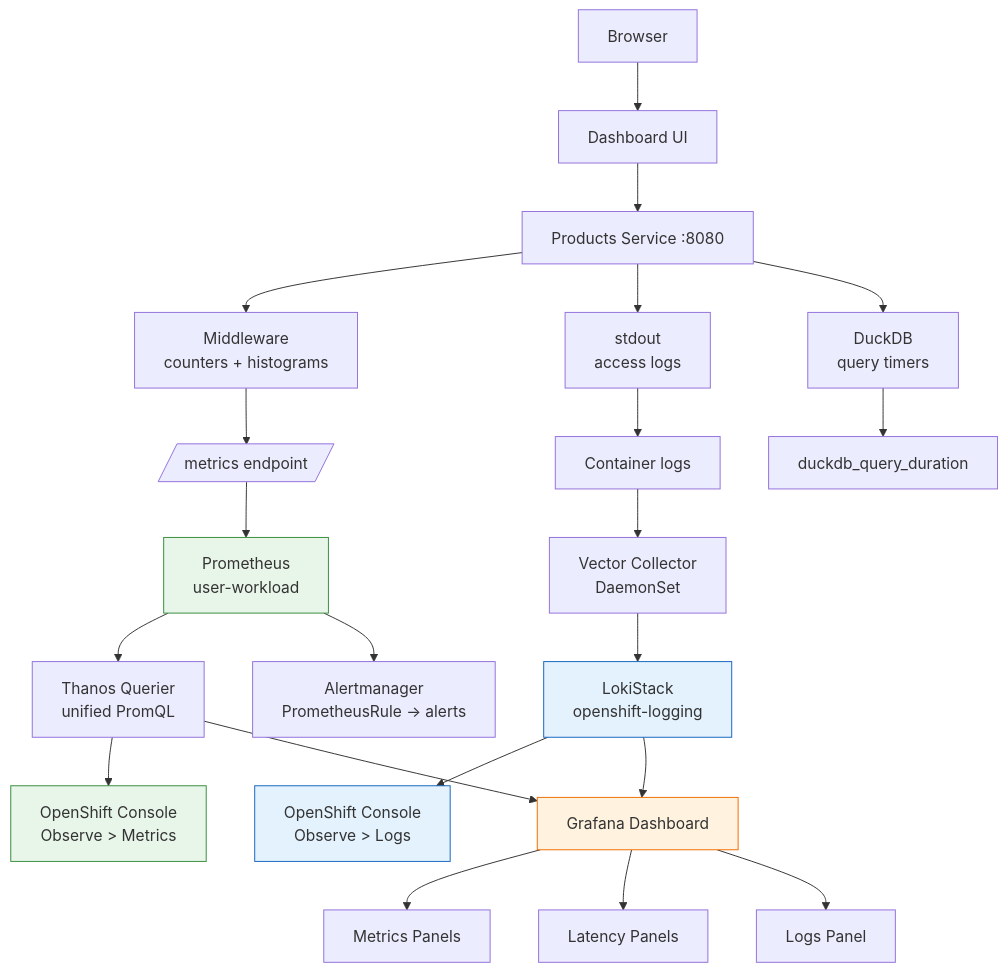
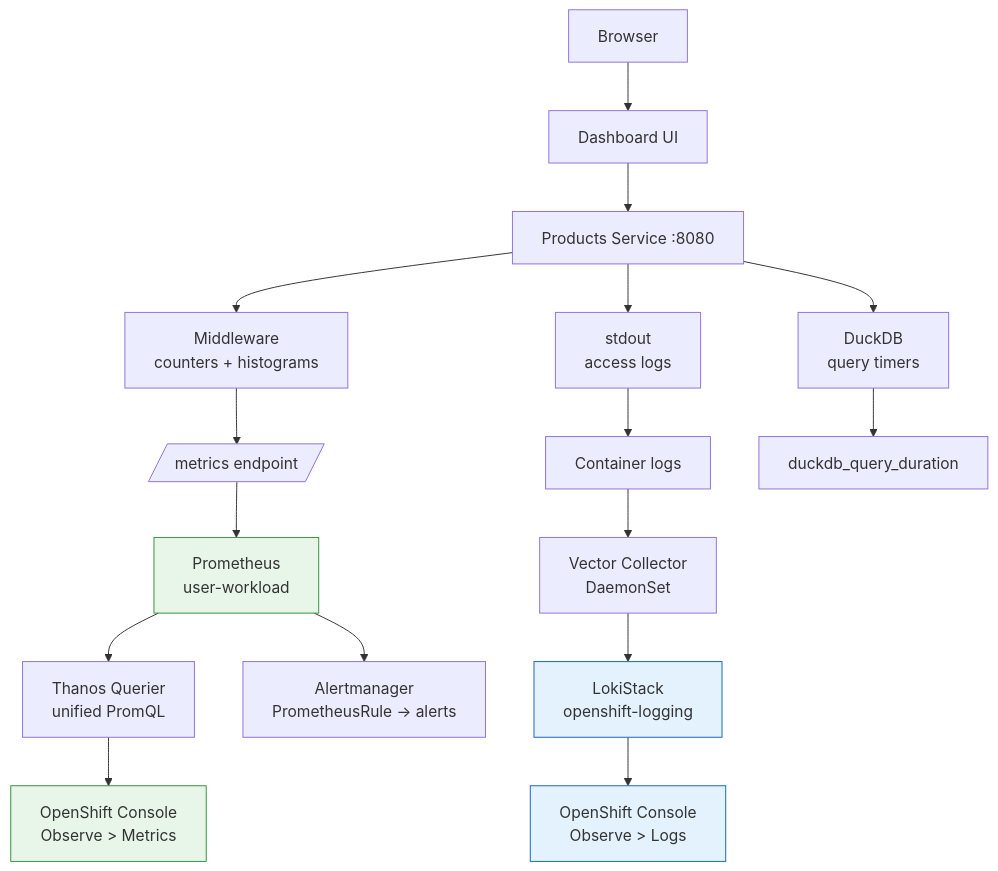
One commit to lukaskellerstein/openshift-tutorial changed the diagram in tutorial/L07_monitoring_and_logging/README.md. Above: the diagram before and after it, drawn with Mermaid. The commit also changed other lines of this file and 32 other files, not shown here.

First line of the commit message:
Refactor L07 to focus on Prometheus+Loki, extract Grafana to new L12 lesson

````diff
--- a/tutorial/L07_monitoring_and_logging/README.md
+++ b/tutorial/L07_monitoring_and_logging/README.md
@@ -113,37 +104,29 @@
 ```mermaid
 graph TD
     Browser[Browser] --> DashUI[Dashboard UI]
     DashUI --> PS[Products Service :8080]
 
     PS --> MW[Middleware<br/>counters + histograms]
     PS --> STDOUT[stdout<br/>access logs]
     PS --> DDB[DuckDB<br/>query timers]
 
     MW --> ME[/metrics endpoint/]
     STDOUT --> CL[Container logs]
     DDB --> DQD[duckdb_query_duration]
 
     ME --> Prom[Prometheus<br/>user-workload]
     CL --> Vec[Vector Collector<br/>DaemonSet]
 
     Prom --> Thanos[Thanos Querier<br/>unified PromQL]
     Vec --> Loki[LokiStack<br/>openshift-logging]
 
     Thanos --> Console1[OpenShift Console<br/>Observe > Metrics]
     Loki --> Console2[OpenShift Console<br/>Observe > Logs]
 
-    Thanos --> Grafana[Grafana Dashboard]
-    Loki --> Grafana
-
-    Grafana --> MP[Metrics Panels]
-    Grafana --> LP[Latency Panels]
-    Grafana --> LogP[Logs Panel]
-
     Prom --> AM[Alertmanager<br/>PrometheusRule → alerts]
 
     style Prom fill:#e8f5e9,stroke:#388e3c
     style Loki fill:#e3f2fd,stroke:#1565c0
-    style Grafana fill:#fff3e0,stroke:#ef6c00
     style Console1 fill:#e8f5e9,stroke:#388e3c
     style Console2 fill:#e3f2fd,stroke:#1565c0
 ```
````
